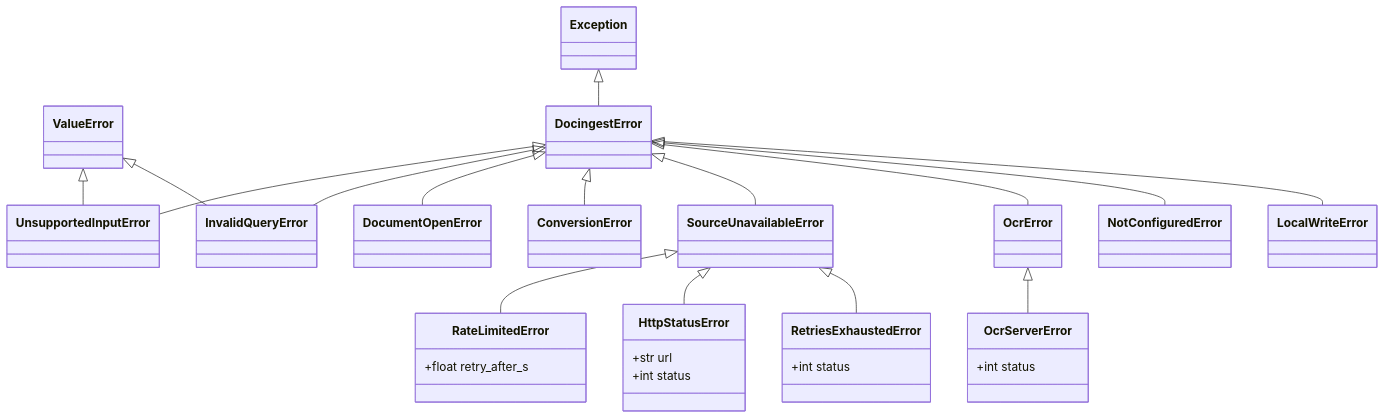
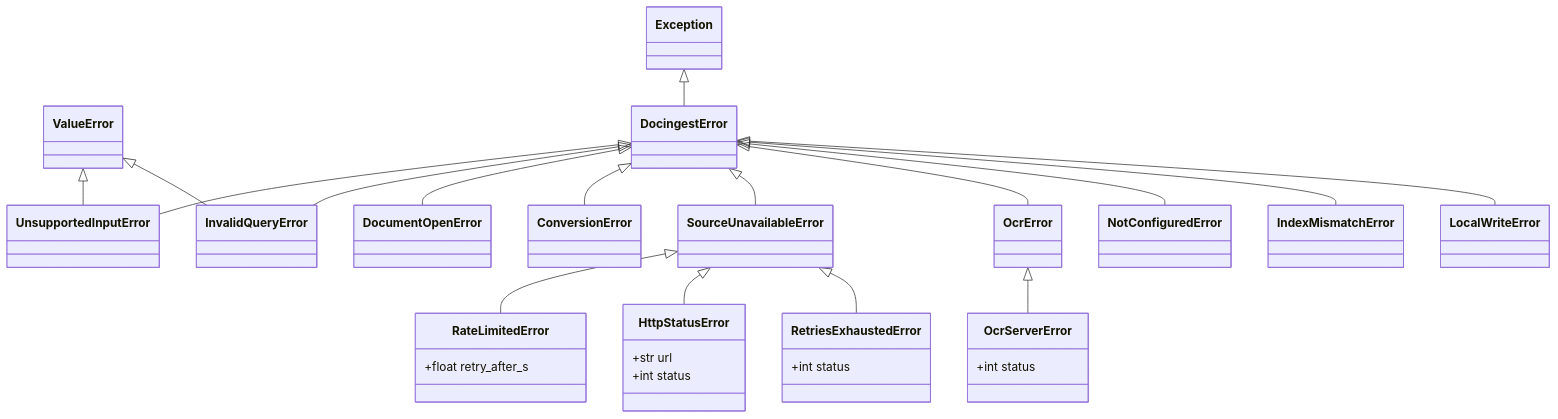
Before and after one commit to etxsA/doc-ingest: the fourth of 4 diagrams in packages/docingest/src/docingest/domain/README.md, drawn with Mermaid. The commit also changed other lines of this file and 4 other files, not shown here.

````diff
--- a/packages/docingest/src/docingest/domain/README.md
+++ b/packages/docingest/src/docingest/domain/README.md
@@ -555,42 +555,44 @@
 ```mermaid
 classDiagram
     class Exception
     class ValueError
     class DocingestError
     class UnsupportedInputError
     class InvalidQueryError
     class DocumentOpenError
     class ConversionError
     class SourceUnavailableError
     class RateLimitedError {
         +float retry_after_s
     }
     class OcrError
     class NotConfiguredError
+    class IndexMismatchError
     class OcrServerError {
         +int status
     }
     class HttpStatusError {
         +str url
         +int status
     }
     class RetriesExhaustedError {
         +int status
     }
     class LocalWriteError
     Exception <|-- DocingestError
     DocingestError <|-- UnsupportedInputError
     ValueError <|-- UnsupportedInputError
     DocingestError <|-- InvalidQueryError
     ValueError <|-- InvalidQueryError
     DocingestError <|-- DocumentOpenError
     DocingestError <|-- ConversionError
     DocingestError <|-- SourceUnavailableError
     SourceUnavailableError <|-- RateLimitedError
     DocingestError <|-- OcrError
     DocingestError <|-- NotConfiguredError
+    DocingestError <|-- IndexMismatchError
     OcrError <|-- OcrServerError
     SourceUnavailableError <|-- HttpStatusError
     SourceUnavailableError <|-- RetriesExhaustedError
     DocingestError <|-- LocalWriteError
 ```
````
